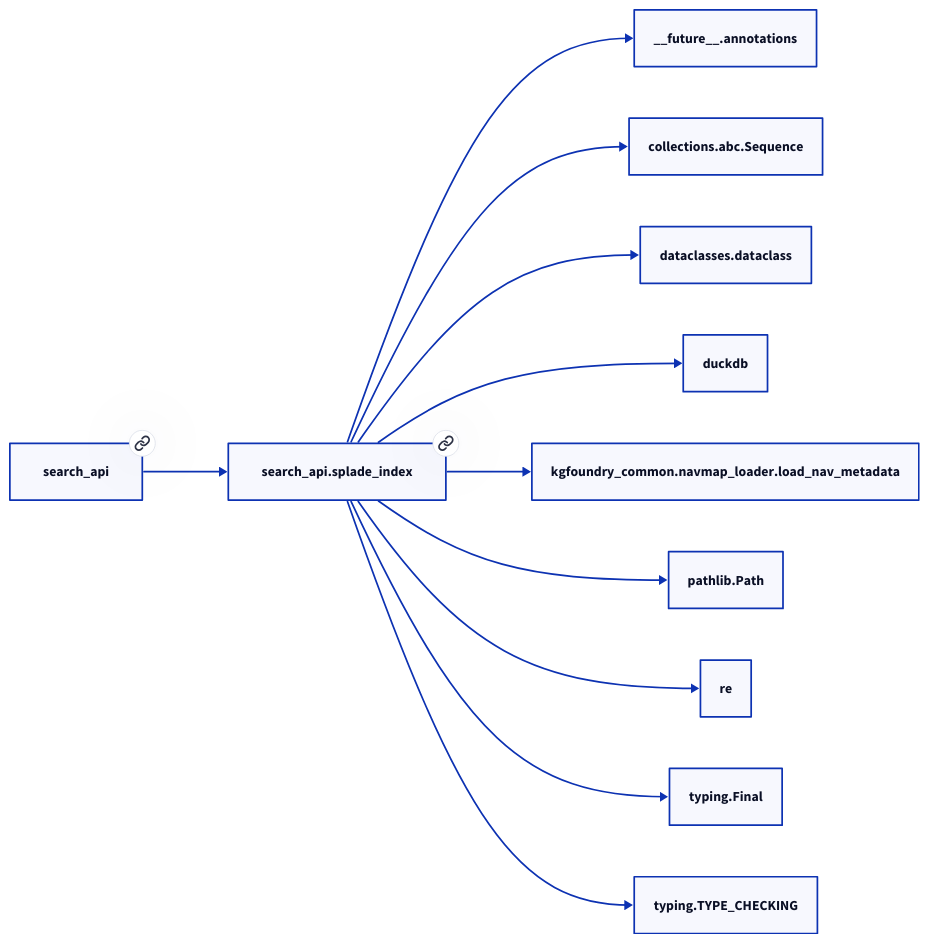
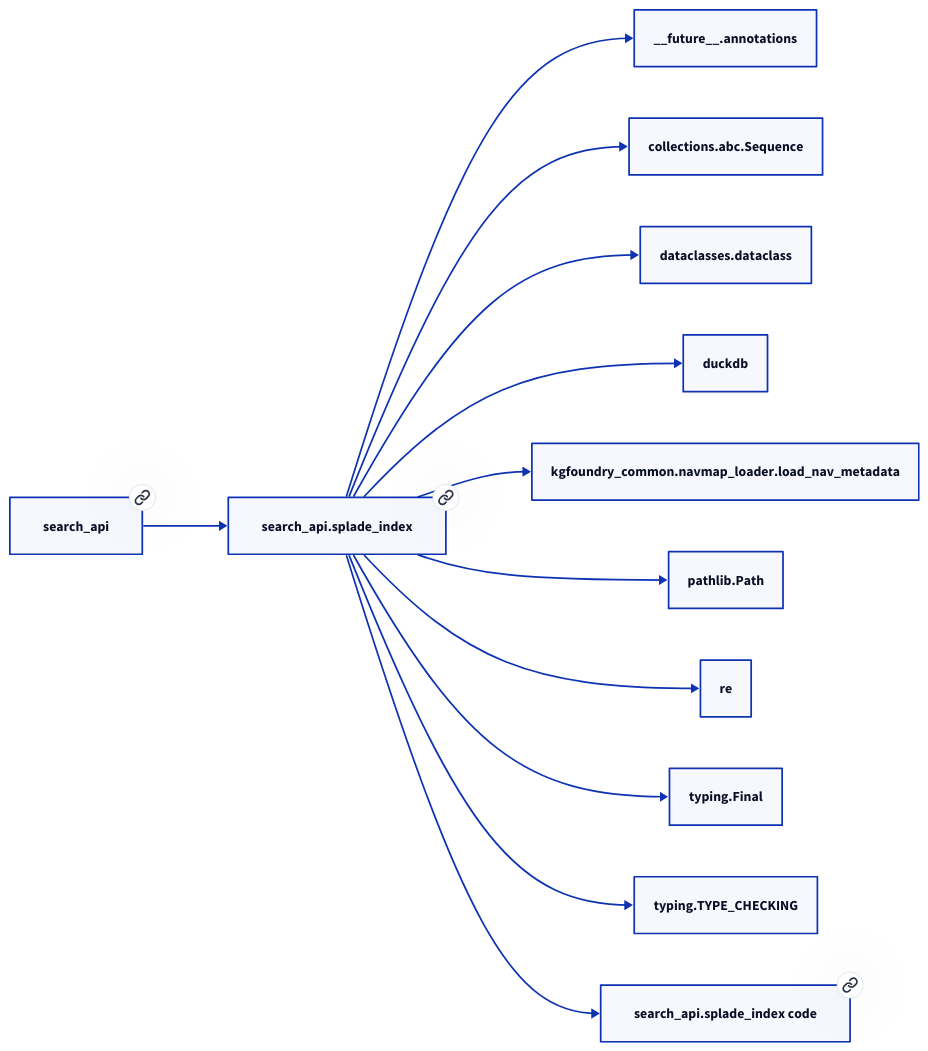
Before and after one commit to paul-heyse/kgforge: the second of 2 diagrams in docs/modules/search_api/splade_index.md, drawn with D2. The commit also changed other lines of this file and 319 other files, not shown here.

````diff
--- a/docs/modules/search_api/splade_index.md
+++ b/docs/modules/search_api/splade_index.md
@@ -45,24 +47,26 @@
 ```d2
 direction: right
-"search_api.splade_index": "search_api.splade_index" { link: "splade_index.md" }
+"search_api.splade_index": "search_api.splade_index" { link: "./search_api/splade_index.md" }
 "__future__.annotations": "__future__.annotations"
 "search_api.splade_index" -> "__future__.annotations"
 "collections.abc.Sequence": "collections.abc.Sequence"
 "search_api.splade_index" -> "collections.abc.Sequence"
 "dataclasses.dataclass": "dataclasses.dataclass"
 "search_api.splade_index" -> "dataclasses.dataclass"
 "duckdb": "duckdb"
 "search_api.splade_index" -> "duckdb"
 "kgfoundry_common.navmap_loader.load_nav_metadata": "kgfoundry_common.navmap_loader.load_nav_metadata"
 "search_api.splade_index" -> "kgfoundry_common.navmap_loader.load_nav_metadata"
 "pathlib.Path": "pathlib.Path"
 "search_api.splade_index" -> "pathlib.Path"
 "re": "re"
 "search_api.splade_index" -> "re"
 "typing.Final": "typing.Final"
 "search_api.splade_index" -> "typing.Final"
 "typing.TYPE_CHECKING": "typing.TYPE_CHECKING"
 "search_api.splade_index" -> "typing.TYPE_CHECKING"
-"search_api": "search_api" { link: "../search_api.md" }
+"search_api": "search_api" { link: "./search_api.md" }
 "search_api" -> "search_api.splade_index"
+"search_api.splade_index_code": "search_api.splade_index code" { link: "https://github.com/kgfoundry/kgfoundry/blob/main/src/search_api/splade_index.py" }
+"search_api.splade_index" -> "search_api.splade_index_code" { style: dashed }
 ```
````
